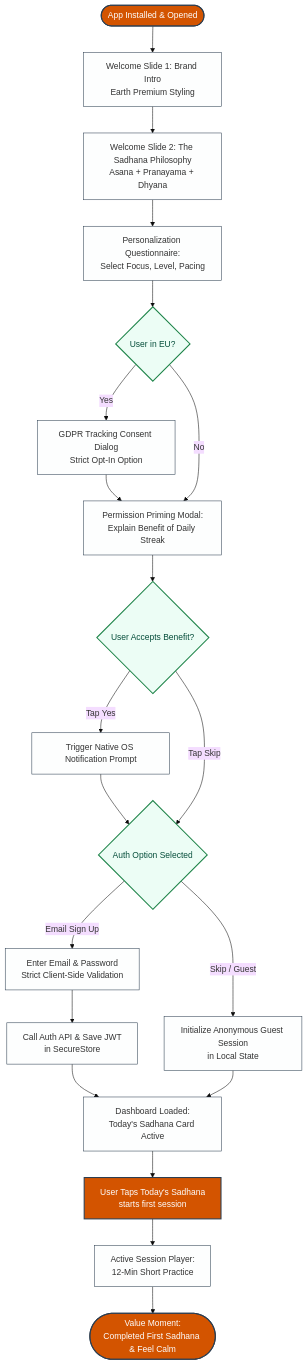
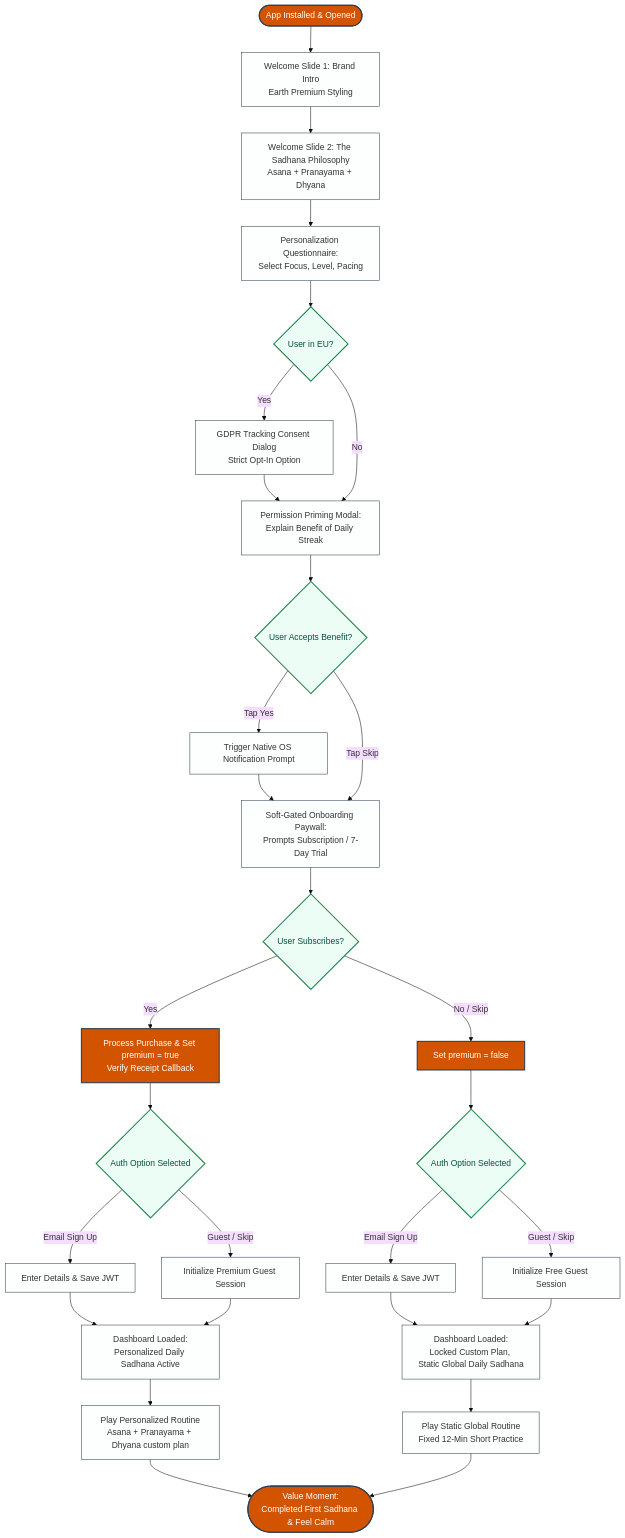
The first of 6 diagrams in docs/ux/USER_FLOWS.md (Jainam2848/Sadhana), drawn with Mermaid (base theme) before and after one commit. The commit also changed other lines of this file and 3 other files, not shown here.

Commit message:
docs: enforce premium-only personalization plans and update onboarding flows

````diff
--- a/docs/ux/USER_FLOWS.md
+++ b/docs/ux/USER_FLOWS.md
@@ -17,30 +17,40 @@
 ```mermaid
 flowchart TD
     Start([App Installed & Opened]) --> Welcome[Welcome Slide 1: Brand Intro\nEarth Premium Styling]
     Welcome --> Welcome2[Welcome Slide 2: The Sadhana Philosophy\nAsana + Pranayama + Dhyana]
     Welcome2 --> Personalize[Personalization Questionnaire:\nSelect Focus, Level, Pacing]
     Personalize --> GDPRCheck{User in EU?}
     
     GDPRCheck -- Yes --> GDPRPrompt[GDPR Tracking Consent Dialog\nStrict Opt-In Option] --> NotifyPrime
     GDPRCheck -- No --> NotifyPrime
     
     NotifyPrime[Permission Priming Modal:\nExplain Benefit of Daily Streak] --> NotifyOS{User Accepts Benefit?}
     
-    NotifyOS -- Tap Yes --> NativeNotify[Trigger Native OS Notification Prompt] --> AuthChoice
-    NotifyOS -- Tap Skip --> AuthChoice
+    NotifyOS -- Tap Yes --> NativeNotify[Trigger Native OS Notification Prompt] --> OnboardingPaywall
+    NotifyOS -- Tap Skip --> OnboardingPaywall
     
-    AuthChoice{Auth Option Selected}
-    AuthChoice -- Email Sign Up --> AuthRegister[Enter Email & Password\nStrict Client-Side Validation] --> CreateAccount[Call Auth API & Save JWT\nin SecureStore] --> Dashboard
-    AuthChoice -- Skip / Guest --> GuestCreate[Initialize Anonymous Guest Session\nin Local State] --> Dashboard
+    OnboardingPaywall[Soft-Gated Onboarding Paywall:\nPrompts Subscription / 7-Day Trial] --> PaywallChoice{User Subscribes?}
     
-    Dashboard[Dashboard Loaded:\nToday's Sadhana Card Active] --> TapPlay[User Taps Today's Sadhana\nstarts first session]
-    TapPlay --> PlayRoutine[Active Session Player:\n12-Min Short Practice]
-    PlayRoutine --> ValueMoment([Value Moment:\nCompleted First Sadhana & Feel Calm])
+    PaywallChoice -- Yes --> Subscribe[Process Purchase & Set premium = true\nVerify Receipt Callback] --> AuthChoicePremium
+    PaywallChoice -- No / Skip --> SetFree[Set premium = false] --> AuthChoiceFree
+    
+    AuthChoicePremium{Auth Option Selected}
+    AuthChoicePremium -- Email Sign Up --> AuthRegP[Enter Details & Save JWT] --> DashboardPremium[Dashboard Loaded:\nPersonalized Daily Sadhana Active]
+    AuthChoicePremium -- Guest / Skip --> GuestP[Initialize Premium Guest Session] --> DashboardPremium
+    
+    AuthChoiceFree{Auth Option Selected}
+    AuthChoiceFree -- Email Sign Up --> AuthRegF[Enter Details & Save JWT] --> DashboardFree[Dashboard Loaded:\nLocked Custom Plan, Static Global Daily Sadhana]
+    AuthChoiceFree -- Guest / Skip --> GuestF[Initialize Free Guest Session] --> DashboardFree
+    
+    DashboardPremium --> PlayCustom[Play Personalized Routine\nAsana + Pranayama + Dhyana custom plan] --> ValueMoment
+    DashboardFree --> PlayGlobal[Play Static Global Routine\nFixed 12-Min Short Practice] --> ValueMoment
+    
+    ValueMoment([Value Moment:\nCompleted First Sadhana & Feel Calm])
 
     classDef default fill:#FDFEFE,stroke:#2C3E50,stroke-width:1px;
     classDef action fill:#D35400,stroke:#2C3E50,stroke-width:2px,color:#FDFEFE;
     classDef decision fill:#ECFDF5,stroke:#1E8449,stroke-width:2px,color:#064E3B;
-    class Welcome,Welcome2,Personalize,GDPRPrompt,NotifyPrime,AuthRegister,Dashboard,PlayRoutine default;
-    class Start,ValueMoment,TapPlay action;
-    class GDPRCheck,NotifyOS,AuthChoice decision;
+    class Welcome,Welcome2,Personalize,GDPRPrompt,NotifyPrime,OnboardingPaywall,AuthRegP,AuthRegF,DashboardPremium,DashboardFree,PlayCustom,PlayGlobal default;
+    class Start,ValueMoment,Subscribe,SetFree action;
+    class GDPRCheck,NotifyOS,PaywallChoice,AuthChoicePremium,AuthChoiceFree decision;
 ```
````
